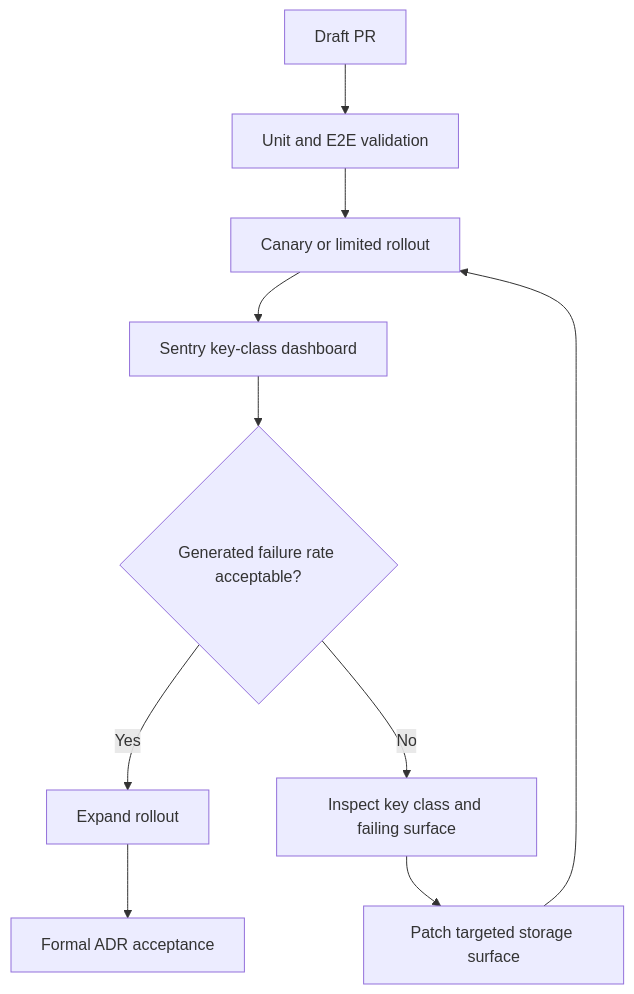
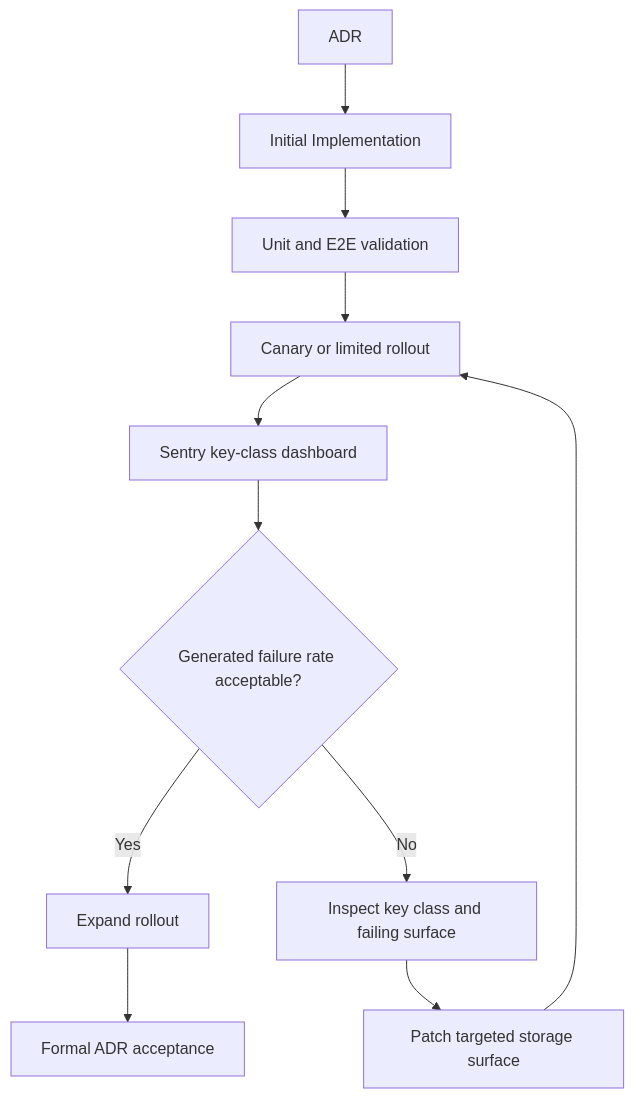
One commit to MetaMask/metamask-extension changed the eighth of 8 diagrams in extension-stability-adr-draft.md. Above: the diagram before and after it, drawn with Mermaid. The commit also changed other lines of this file, not shown here.

Commit message:
docs: clarify ADR write batching rationale

````diff
--- a/extension-stability-adr-draft.md
+++ b/extension-stability-adr-draft.md
@@ -554,12 +629,13 @@
 ```mermaid
 flowchart TD
-  A["Draft PR"] --> B["Unit and E2E validation"]
-  B --> C["Canary or limited rollout"]
-  C --> D["Sentry key-class dashboard"]
-  D --> E{"Generated failure rate acceptable?"}
-  E -->|Yes| F["Expand rollout"]
-  E -->|No| G["Inspect key class and failing surface"]
-  G --> H["Patch targeted storage surface"]
-  H --> C
-  F --> I["Formal ADR acceptance"]
+  A["ADR"] --> B["Initial Implementation"]
+  B --> C["Unit and E2E validation"]
+  C --> D["Canary or limited rollout"]
+  D --> E["Sentry key-class dashboard"]
+  E --> F{"Generated failure rate acceptable?"}
+  F -->|Yes| G["Expand rollout"]
+  F -->|No| H["Inspect key class and failing surface"]
+  H --> I["Patch targeted storage surface"]
+  I --> D
+  G --> J["Formal ADR acceptance"]
 ```
````
